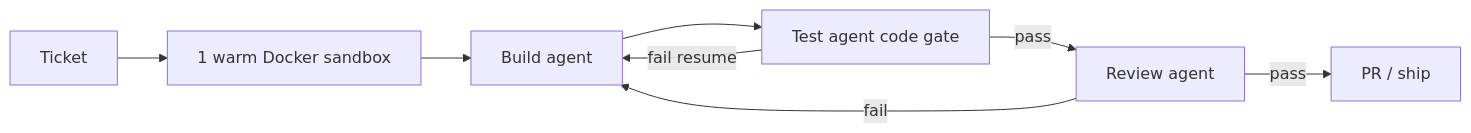
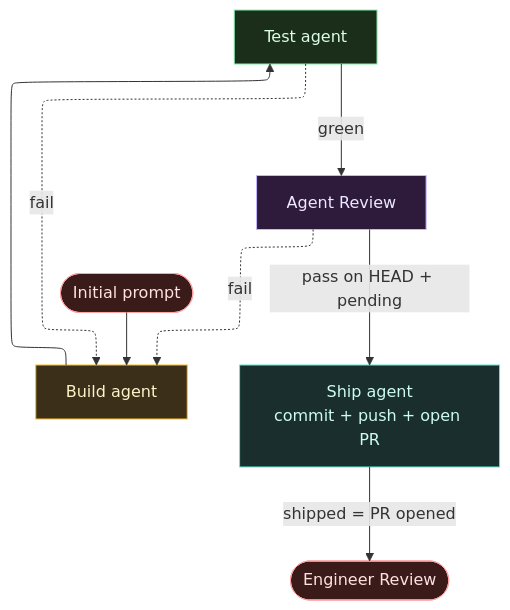
The diagram in docs/adr/0007-minimal-adw-build-test-review.md (luchillo17/lazy-software-factory), drawn with Mermaid before and after one commit. The commit also changed other lines of this file and 21 other files, not shown here.

First line of the commit message:
feat(adw): ship commits pending + worktree review

````diff
--- a/docs/adr/0007-minimal-adw-build-test-review.md
+++ b/docs/adr/0007-minimal-adw-build-test-review.md
@@ -5,10 +13,30 @@
 ```mermaid
-flowchart LR
-  Ticket --> Sandbox["1 warm Docker sandbox"]
-  Sandbox --> Build["Build agent"]
-  Build --> Test["Test agent code gate"]
-  Test -->|fail resume| Build
-  Test -->|pass| Review["Review agent"]
-  Review -->|fail| Build
-  Review -->|pass| Ship["PR / ship"]
+%%{init: {"flowchart": {"defaultRenderer": "elk"}} }%%
+flowchart TB
+  Prompt(["Initial prompt"])
+  Build["Build agent"]
+  Test["Test agent"]
+  AgentReview["Agent Review"]
+  Ship["Ship agent\ncommit + push + open PR"]
+  EngineerReview(["Engineer Review"])
+
+  Prompt --> Build --> Test
+  Test -->|green| AgentReview
+  AgentReview -->|"pass on HEAD + pending"| Ship
+  Ship -->|"shipped = PR opened"| EngineerReview
+
+  Test -.->|fail| Build
+  AgentReview -.->|fail| Build
+
+  classDef human fill:#3b1a1a,stroke:#fca5a5,color:#fee2e2
+  classDef llm fill:#3b2f1a,stroke:#fbbf24,color:#fef3c7
+  classDef gate fill:#1a2e1a,stroke:#86efac,color:#dcfce7
+  classDef agent fill:#2e1a3b,stroke:#c4b5fd,color:#ede9fe
+  classDef ship fill:#1a2e2e,stroke:#5eead4,color:#ccfbf1
+
+  class Prompt,EngineerReview human
+  class Build llm
+  class Test gate
+  class AgentReview agent
+  class Ship ship
 ```
````
